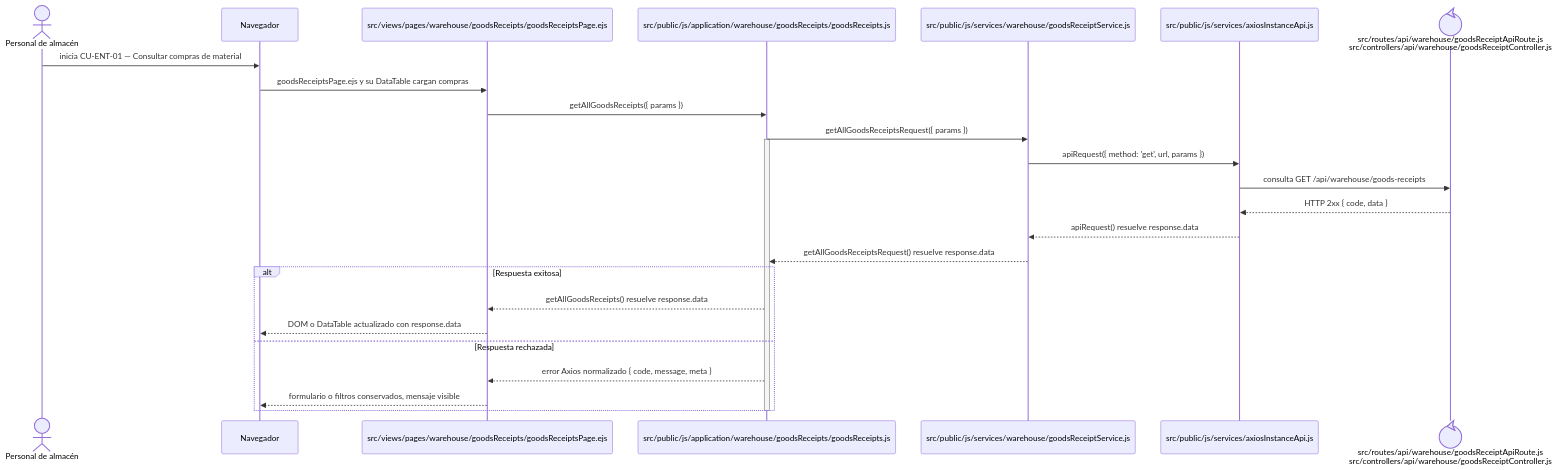
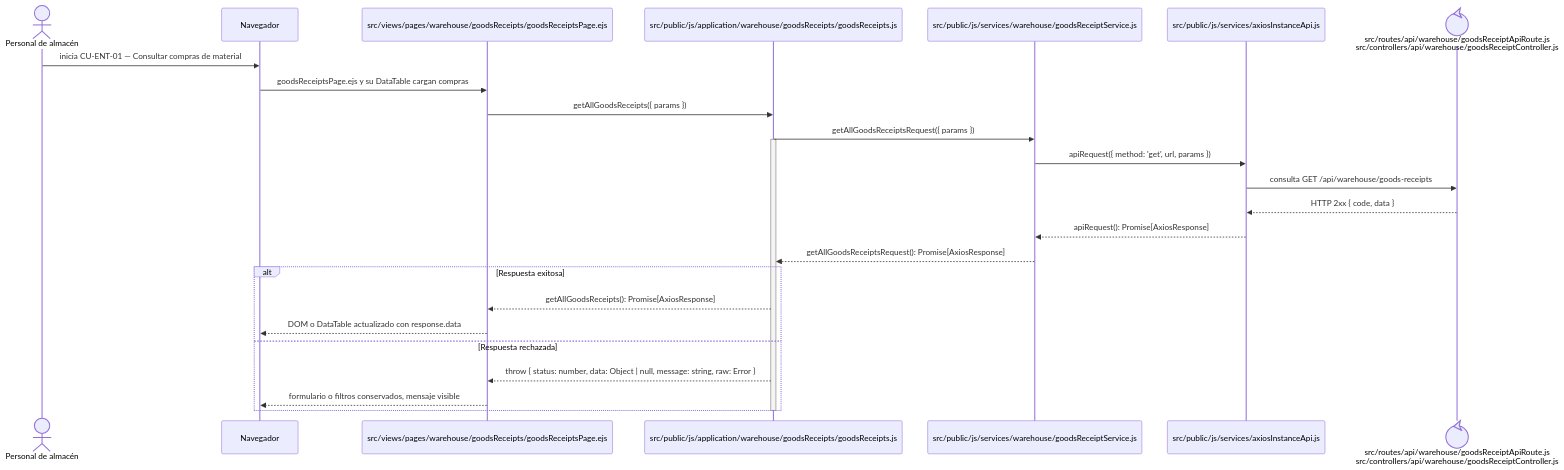
Before and after one commit to gpgsistemas01/nexus: the diagram in docs/architecture/frontend-code-sequences/purchases/cu-ent-01.md, drawn with Mermaid. The commit also changed 146 other files, not shown here.

````diff
--- a/docs/architecture/frontend-code-sequences/purchases/cu-ent-01.md
+++ b/docs/architecture/frontend-code-sequences/purchases/cu-ent-01.md
@@ -6,29 +6,29 @@
 ```mermaid
 sequenceDiagram
     actor Initiator as Personal de almacén
     participant Browser as Navegador
     participant View as src/views/pages/warehouse/goodsReceipts/goodsReceiptsPage.ejs
     participant Application as src/public/js/application/warehouse/goodsReceipts/goodsReceipts.js
     participant Request as src/public/js/services/warehouse/goodsReceiptService.js
     participant HTTP as src/public/js/services/axiosInstanceApi.js
     participant Transport@{ "type": "control" } as src/routes/api/warehouse/goodsReceiptApiRoute.js<br/>src/controllers/api/warehouse/goodsReceiptController.js
 
     Initiator->>Browser: inicia CU-ENT-01 — Consultar compras de material
     Browser->>View: goodsReceiptsPage.ejs y su DataTable cargan compras
     View->>Application: getAllGoodsReceipts({ params })
     Application->>Request: getAllGoodsReceiptsRequest({ params })
     activate Application
     Request->>HTTP: apiRequest({ method: 'get', url, params })
     HTTP->>Transport: consulta GET /api/warehouse/goods-receipts
     Transport-->>HTTP: HTTP 2xx { code, data }
-    HTTP-->>Request: apiRequest() resuelve response.data
-    Request-->>Application: getAllGoodsReceiptsRequest() resuelve response.data
+    HTTP-->>Request: apiRequest(): Promise[AxiosResponse]
+    Request-->>Application: getAllGoodsReceiptsRequest(): Promise[AxiosResponse]
     alt Respuesta exitosa
-        Application-->>View: getAllGoodsReceipts() resuelve response.data
+        Application-->>View: getAllGoodsReceipts(): Promise[AxiosResponse]
         View-->>Browser: DOM o DataTable actualizado con response.data
     else Respuesta rechazada
-        Application-->>View: error Axios normalizado { code, message, meta }
+        Application-->>View: throw { status: number, data: Object | null, message: string, raw: Error }
         View-->>Browser: formulario o filtros conservados, mensaje visible
     end
     deactivate Application
 ```
````
